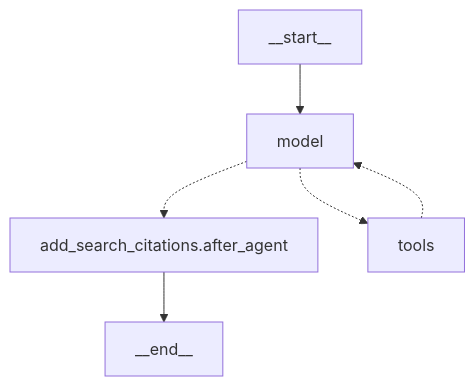
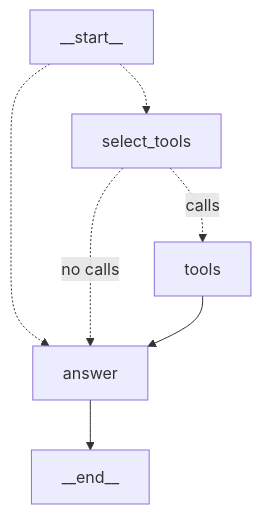
The first of 2 diagrams in docs/demo/graphs/server-tool.md (ilkersigirci/langgraph-openai-serve), drawn with Mermaid before and after one commit. The commit also changed other lines of this file and 24 other files, not shown here.

Commit message:
feat: server tools converted from agent to graph

````diff
--- a/docs/demo/graphs/server-tool.md
+++ b/docs/demo/graphs/server-tool.md
@@ -17,8 +17,9 @@
 ```mermaid
-graph TD
-    __start__ --> model
-    model -.-> add_search_citations_after_agent["add_search_citations.after_agent"]
-    model -.-> tools
-    tools -.-> model
-    add_search_citations_after_agent --> __end__
+graph TD;
+    __start__ -.-> answer;
+    __start__ -.-> select_tools;
+    select_tools -. no calls .-> answer;
+    select_tools -. calls .-> tools;
+    tools --> answer;
+    answer --> __end__;
 ```
````
